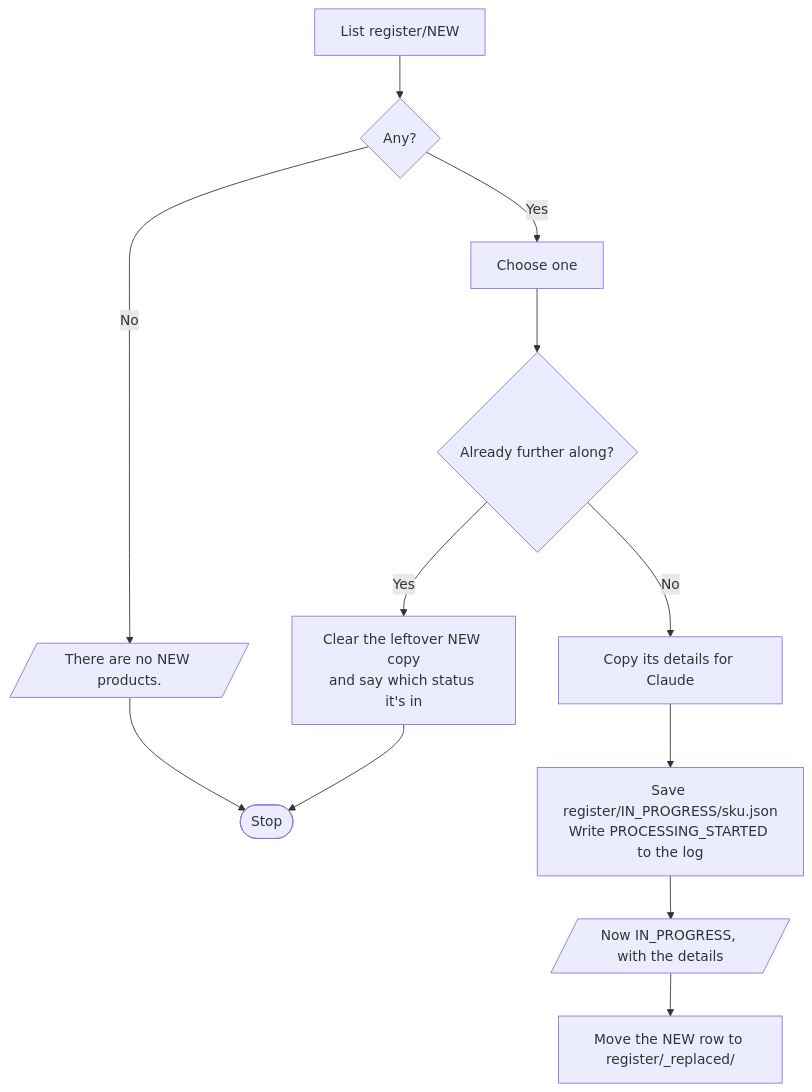
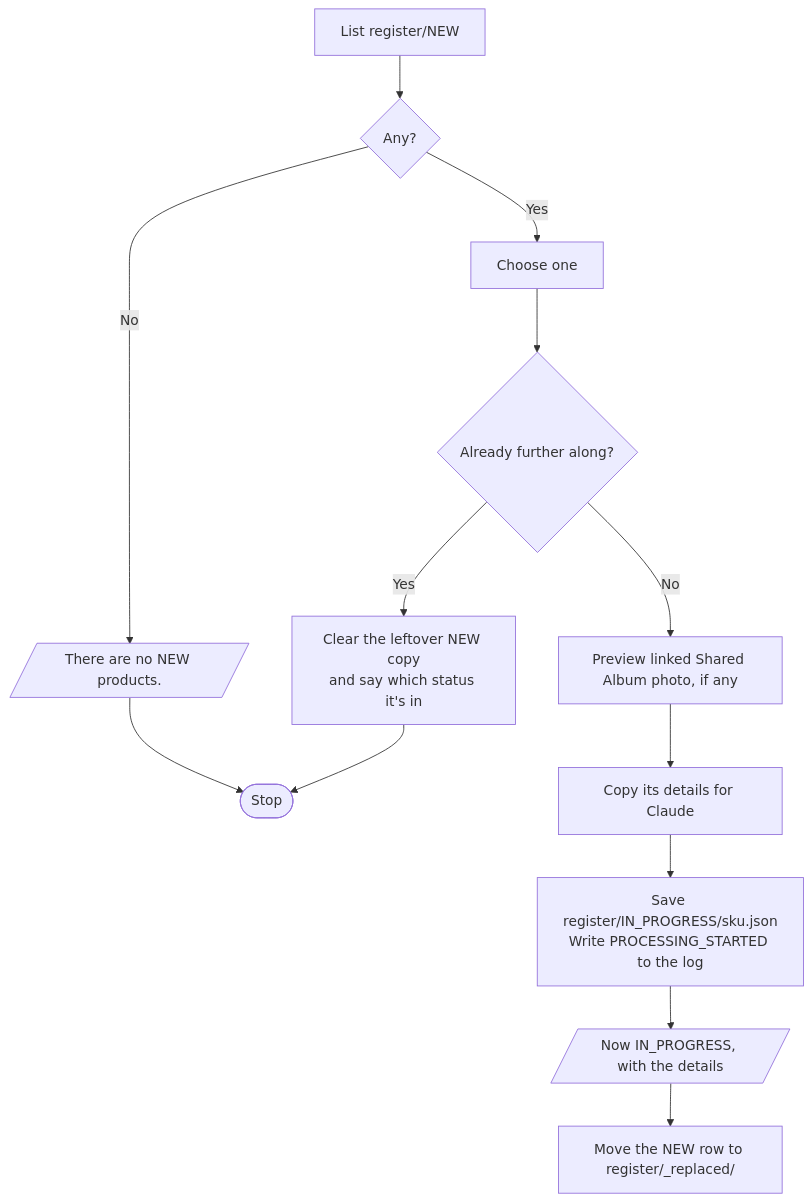
Before and after one commit to sagargupta2001/periwinkle-shopify-theme: the second of 5 diagrams in docs/product-operations/work-on-product.md, drawn with Mermaid. The commit also changed other lines of this file and 22 other files, not shown here.

Commit message:
Add shared album register previews and recoverable operations setup

````diff
--- a/docs/product-operations/work-on-product.md
+++ b/docs/product-operations/work-on-product.md
@@ -20,12 +21,13 @@
 ```mermaid
 flowchart TD
     A["List register/NEW"] --> B{"Any?"}
     B -->|No| B1[/"There are no NEW products."/] --> STOP([Stop])
     B -->|Yes| C[Choose one]
     C --> D{"Already further along?"}
     D -->|Yes| D1["Clear the leftover NEW copy<br/>and say which status it's in"] --> STOP
-    D -->|No| E["Copy its details for Claude"]
+    D -->|No| P["Preview linked Shared Album photo, if any"]
+    P --> E["Copy its details for Claude"]
     E --> F["Save register/IN_PROGRESS/sku.json<br/>Write PROCESSING_STARTED to the log"]
     F --> G[/"Now IN_PROGRESS, with the details"/]
     G --> H["Move the NEW row to register/_replaced/"]
 ```
````
